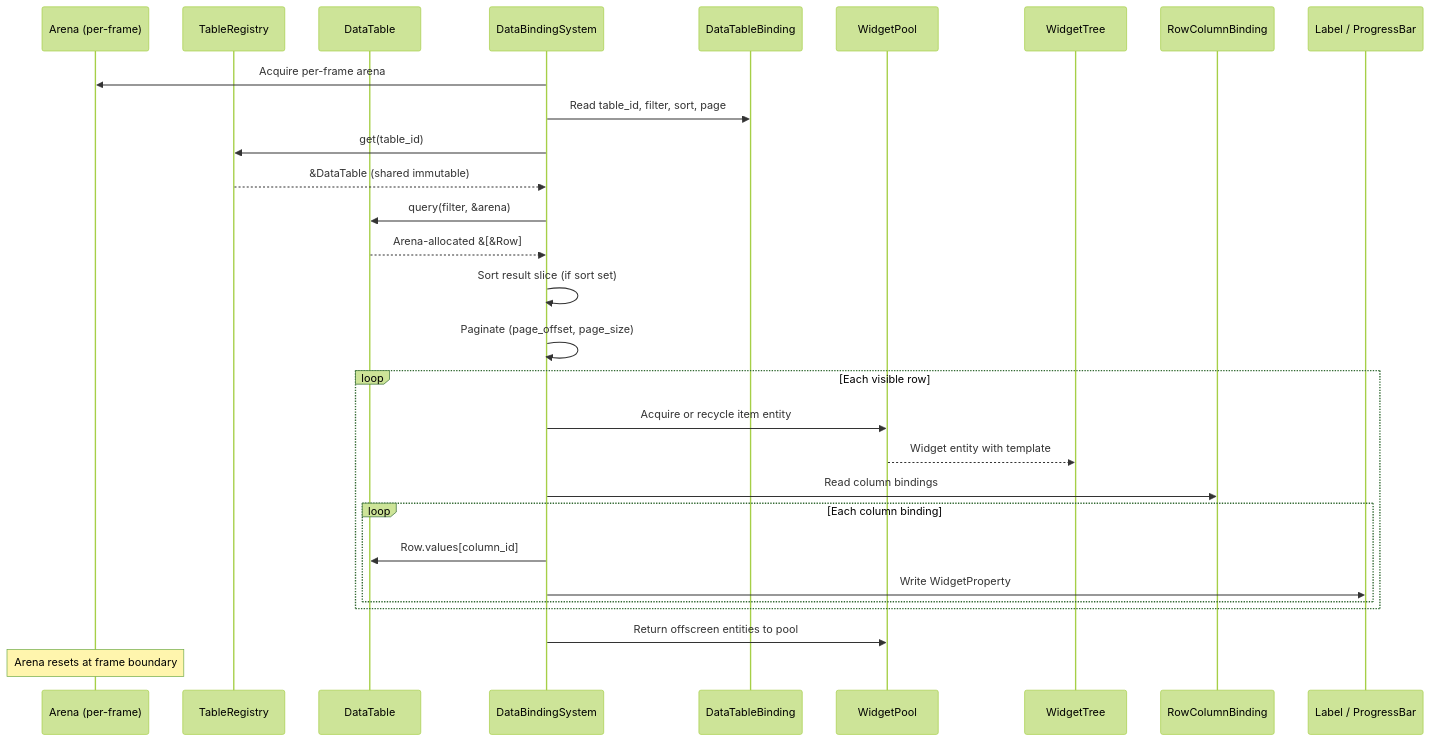
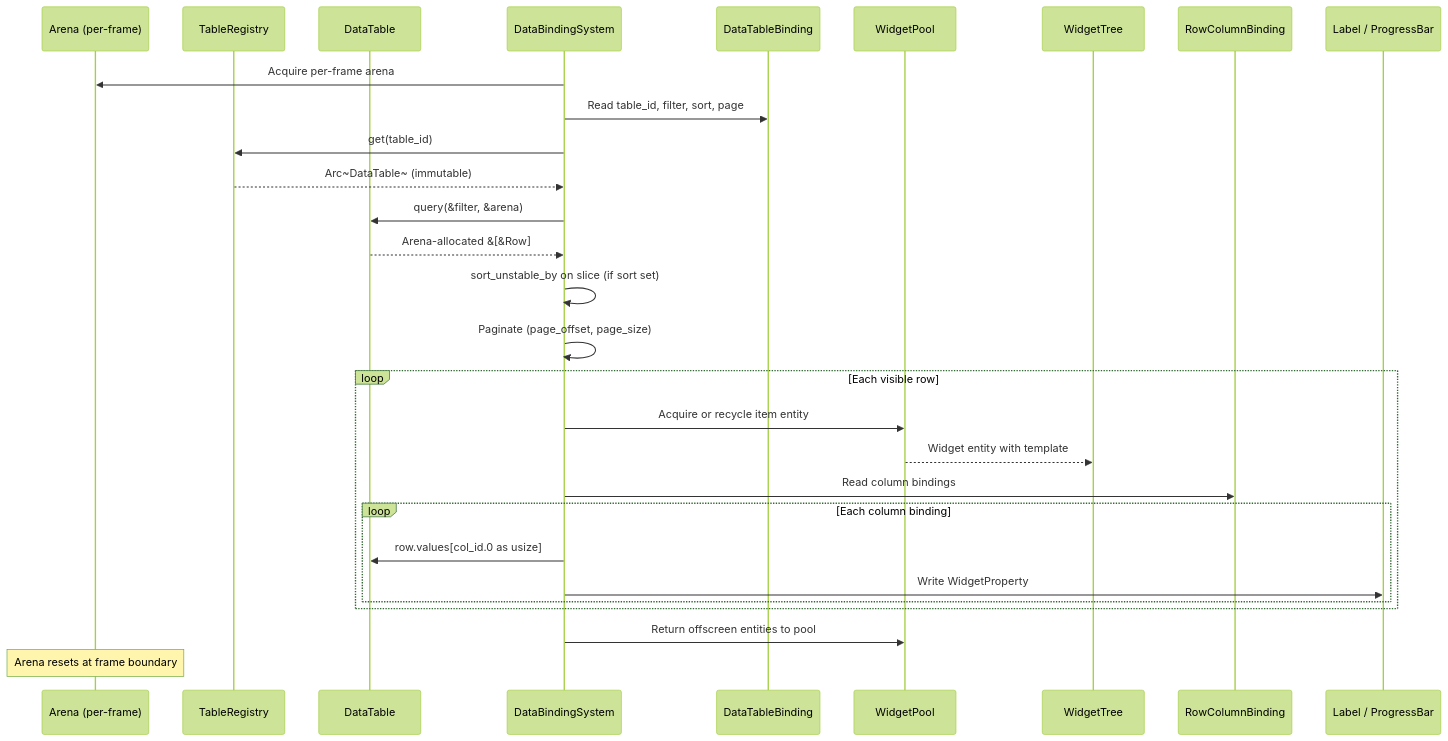
The second of 4 diagrams in docs/design/integration/data-tables-ui.md (harmonius-dev/harmonius), drawn with Mermaid (forest theme) before and after one commit. The commit also changed other lines of this file and 109 other files, not shown here.

````diff
--- a/docs/design/integration/data-tables-ui.md
+++ b/docs/design/integration/data-tables-ui.md
@@ -133,34 +293,34 @@
 ```mermaid
 sequenceDiagram
     participant AR as Arena (per-frame)
     participant TR as TableRegistry
     participant DT as DataTable
     participant DBS as DataBindingSystem
     participant DTB as DataTableBinding
     participant WP as WidgetPool
     participant WT as WidgetTree
     participant RCB as RowColumnBinding
     participant LBL as Label / ProgressBar
 
     DBS->>AR: Acquire per-frame arena
     DBS->>DTB: Read table_id, filter, sort, page
     DBS->>TR: get(table_id)
-    TR-->>DBS: &DataTable (shared immutable)
-    DBS->>DT: query(filter, &arena)
+    TR-->>DBS: Arc~DataTable~ (immutable)
+    DBS->>DT: query(&filter, &arena)
     DT-->>DBS: Arena-allocated &[&Row]
-    DBS->>DBS: Sort result slice (if sort set)
+    DBS->>DBS: sort_unstable_by on slice (if sort set)
     DBS->>DBS: Paginate (page_offset, page_size)
 
     loop Each visible row
         DBS->>WP: Acquire or recycle item entity
         WP-->>WT: Widget entity with template
         DBS->>RCB: Read column bindings
         loop Each column binding
-            DBS->>DT: Row.values[column_id]
+            DBS->>DT: row.values[col_id.0 as usize]
             DBS->>LBL: Write WidgetProperty
         end
     end
 
     DBS->>WP: Return offscreen entities to pool
     Note over AR: Arena resets at frame boundary
 ```
````
